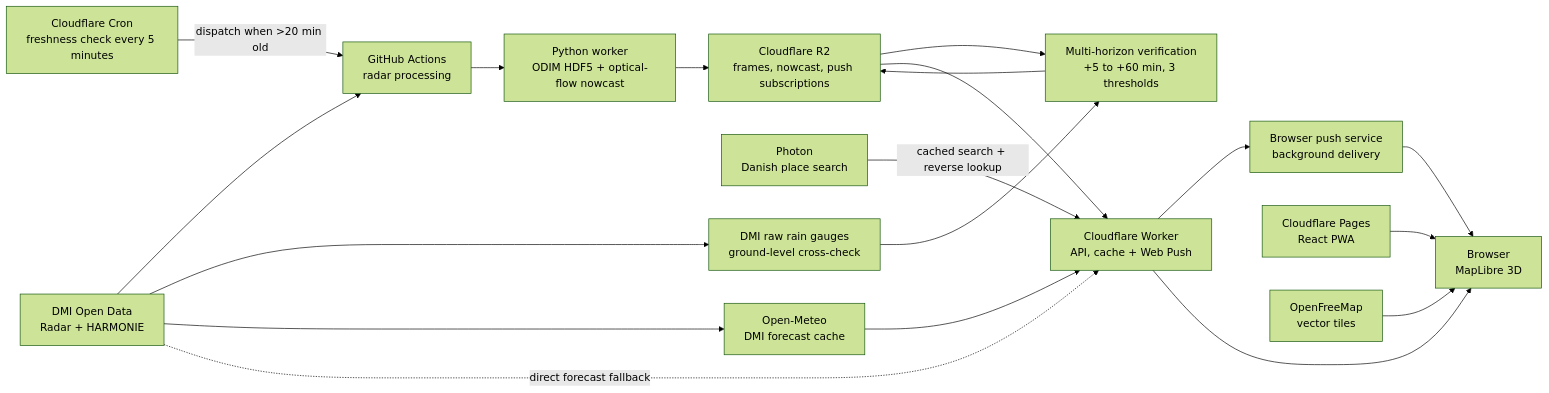
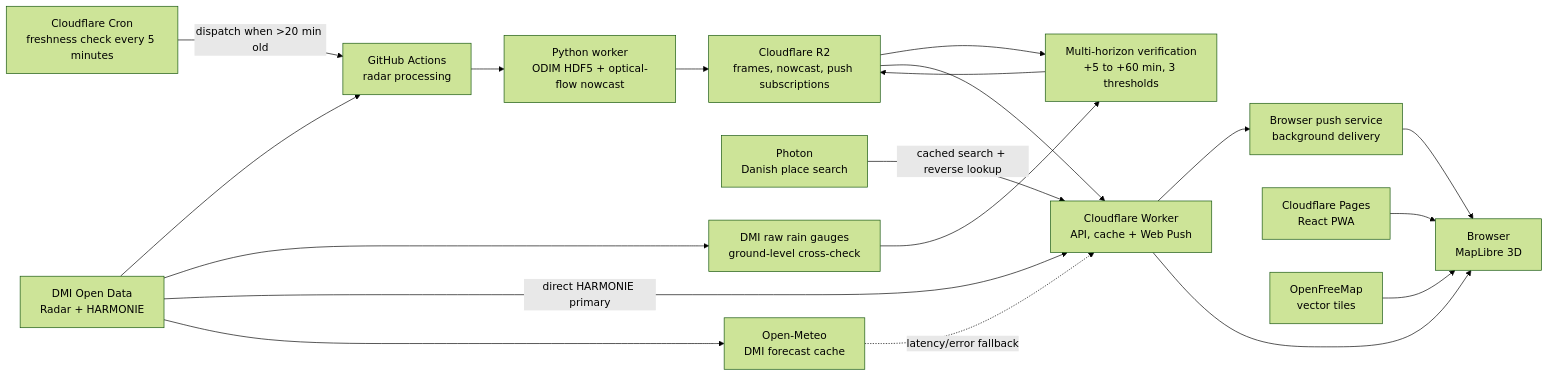
One commit to browndahl/wetMap changed the diagram in README.md. Above: the diagram before and after it, drawn with Mermaid (forest theme). The commit also changed other lines of this file and 11 other files, not shown here.

Commit message:
feat: prioritize direct DMI forecasts

````diff
--- a/README.md
+++ b/README.md
@@ -21,30 +21,31 @@
 ```mermaid
 flowchart LR
   DMI["DMI Open Data\nRadar + HARMONIE"]
   OM["Open-Meteo\nDMI forecast cache"]
   Photon["Photon\nDanish place search"]
   Scheduler["Cloudflare Cron\nfreshness check every 5 minutes"]
   GH["GitHub Actions\nradar processing"]
   PW["Python worker\nODIM HDF5 + optical-flow nowcast"]
   R2["Cloudflare R2\nframes, nowcast, push subscriptions"]
   Verify["Multi-horizon verification\n+5 to +60 min, 3 thresholds"]
   Gauges["DMI raw rain gauges\nground-level cross-check"]
   Edge["Cloudflare Worker\nAPI, cache + Web Push"]
   Push["Browser push service\nbackground delivery"]
   Pages["Cloudflare Pages\nReact PWA"]
   Map["OpenFreeMap\nvector tiles"]
   User["Browser\nMapLibre 3D"]
 
   Scheduler -->|dispatch when >20 min old| GH
   DMI --> GH --> PW --> R2
   R2 --> Verify --> R2
   DMI --> Gauges --> Verify
-  DMI --> OM --> Edge
-  DMI -. direct forecast fallback .-> Edge
+  DMI -->|direct HARMONIE primary| Edge
+  DMI --> OM
+  OM -. latency/error fallback .-> Edge
   Photon -->|cached search + reverse lookup| Edge
   R2 --> Edge
   Edge --> Push --> User
   Pages --> User
   Edge --> User
   Map --> User
 ```
````
